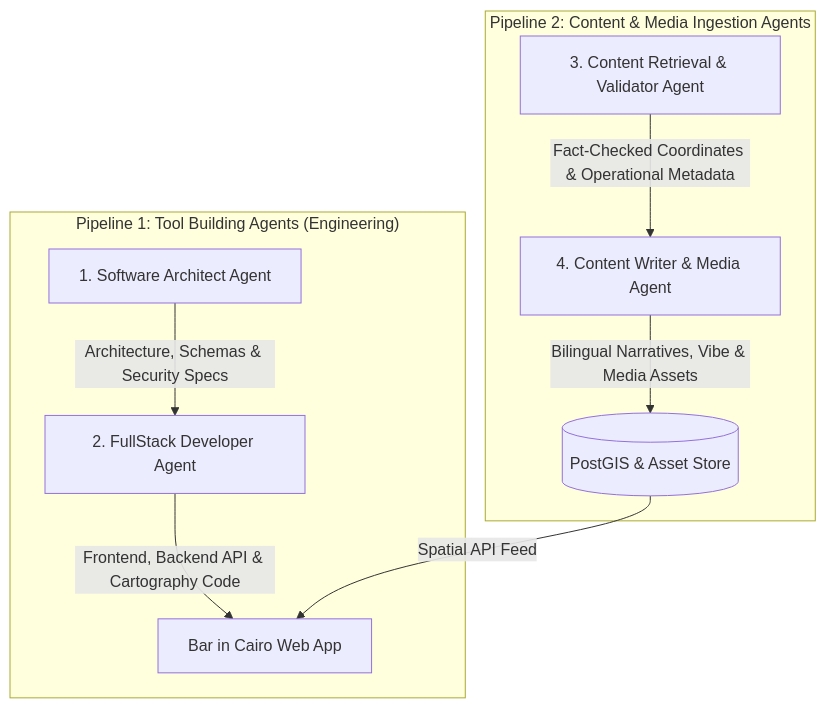
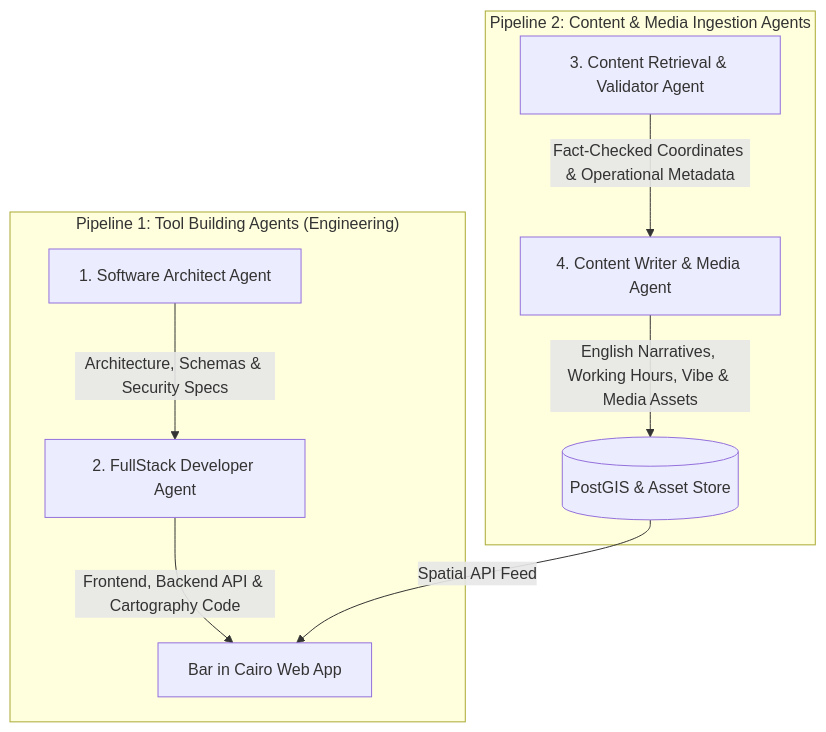
Before and after one commit to alexseif/barincairo: the diagram in OBJECTIVE.md, drawn with Mermaid. The commit also changed other lines of this file and 3 other files, not shown here.

Commit message:
docs: update objective, spec, architecture and add backend edits spec

````diff
--- a/OBJECTIVE.md
+++ b/OBJECTIVE.md
@@ -22,14 +22,14 @@
 ```mermaid
 flowchart TD
     subgraph Line1["Pipeline 1: Tool Building Agents (Engineering)"]
         A1["1. Software Architect Agent"] -->|Architecture, Schemas & Security Specs| A2["2. FullStack Developer Agent"]
         A2 -->|Frontend, Backend API & Cartography Code| APP["Bar in Cairo Web App"]
     end
 
     subgraph Line2["Pipeline 2: Content & Media Ingestion Agents"]
         B1["3. Content Retrieval & Validator Agent"] -->|Fact-Checked Coordinates & Operational Metadata| B2["4. Content Writer & Media Agent"]
-        B2 -->|Bilingual Narratives, Vibe & Media Assets| DB[(PostGIS & Asset Store)]
+        B2 -->|English Narratives, Working Hours, Vibe & Media Assets| DB[(PostGIS & Asset Store)]
     end
 
     DB -->|Spatial API Feed| APP
 ```
````
